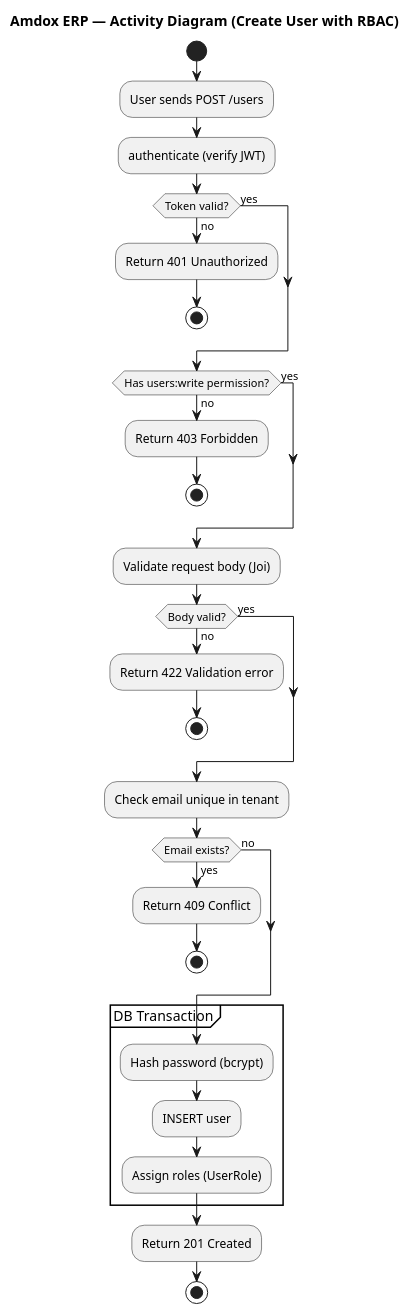
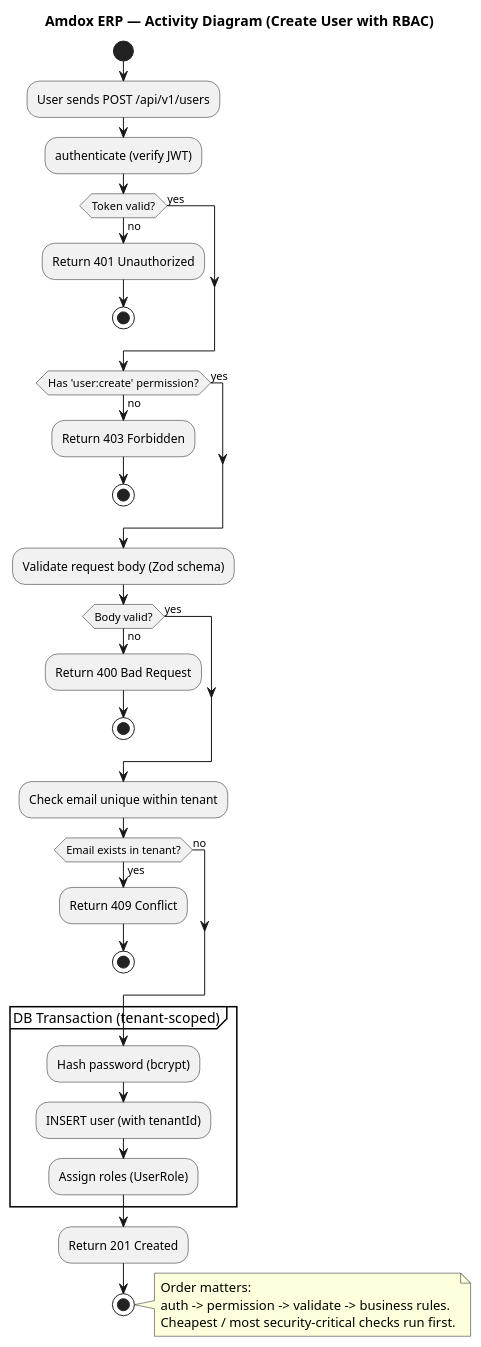
One commit to Shubhanjali801/amdox-erp changed the diagram in docs/uml/4-activity.puml. Above: the diagram before and after it, drawn with PlantUML. The commit also changed 20 other files, not shown here.

Commit message:
docs(uml): update diagrams to as-built system + render PNGs

```diff
--- a/docs/uml/4-activity.puml
+++ b/docs/uml/4-activity.puml
@@ -1,40 +1,51 @@
 @startuml Amdox-ERP-Activity
 title Amdox ERP — Activity Diagram (Create User with RBAC)
 
+' What this shows: the exact checks a request passes on its way in, and the
+' HTTP status returned if any check fails. This same guard chain protects
+' every write endpoint in the app.
+
 start
-:User sends POST /users;
+:User sends POST /api/v1/users;
+
 :authenticate (verify JWT);
 if (Token valid?) then (no)
   :Return 401 Unauthorized;
   stop
 else (yes)
 endif
 
-if (Has users:write permission?) then (no)
+if (Has 'user:create' permission?) then (no)
   :Return 403 Forbidden;
   stop
 else (yes)
 endif
 
-:Validate request body (Joi);
+:Validate request body (Zod schema);
 if (Body valid?) then (no)
-  :Return 422 Validation error;
+  :Return 400 Bad Request;
   stop
 else (yes)
 endif
 
-:Check email unique in tenant;
-if (Email exists?) then (yes)
+:Check email unique within tenant;
+if (Email exists in tenant?) then (yes)
   :Return 409 Conflict;
   stop
 else (no)
 endif
 
-partition "DB Transaction" {
+partition "DB Transaction (tenant-scoped)" {
   :Hash password (bcrypt);
-  :INSERT user;
+  :INSERT user (with tenantId);
   :Assign roles (UserRole);
 }
 :Return 201 Created;
 stop
+
+note right
+  Order matters:
+  auth -> permission -> validate -> business rules.
+  Cheapest / most security-critical checks run first.
+end note
 @enduml
```
